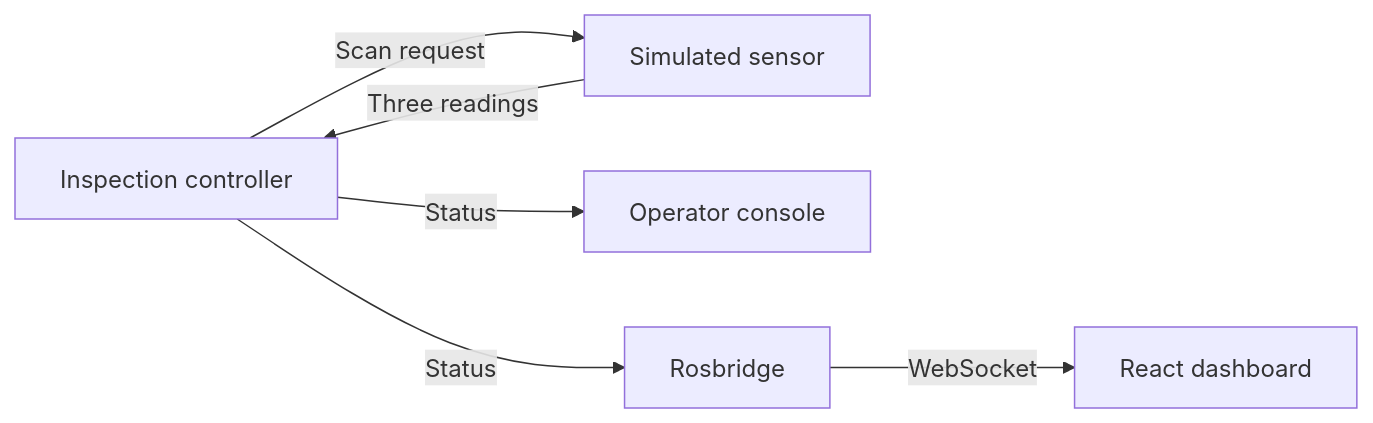
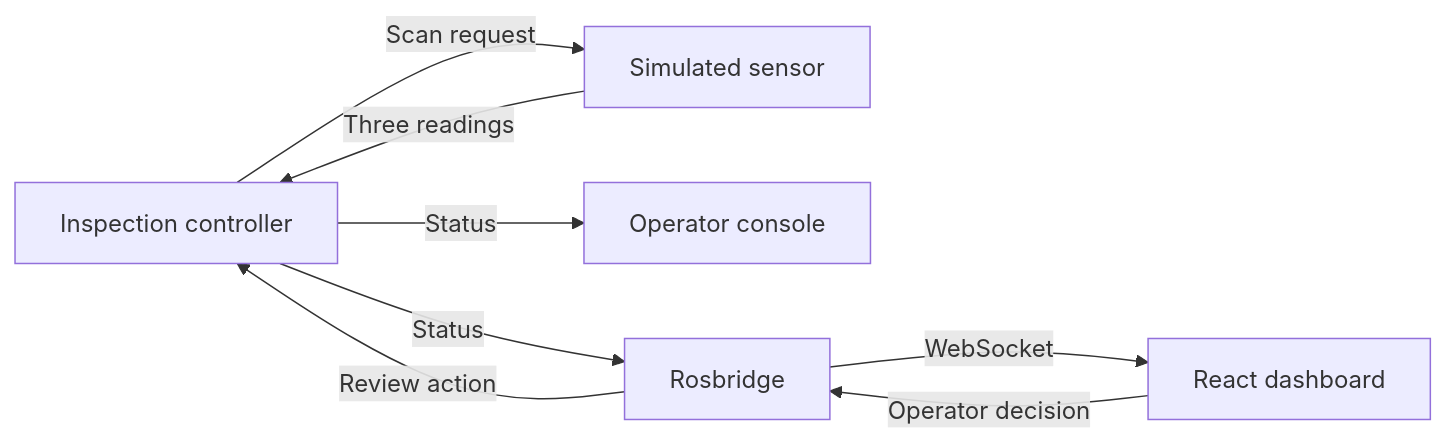
The diagram in README.md (yramtirey/GadgetInspectra), drawn with Mermaid before and after one commit. The commit also changed other lines of this file and 7 other files, not shown here.

Commit message:
Require operator review before simulated inspection rework

````diff
--- a/README.md
+++ b/README.md
@@ -23,8 +23,10 @@
 ```mermaid
 flowchart LR
     C[Inspection controller] -->|Scan request| S[Simulated sensor]
     S -->|Three readings| C
     C -->|Status| O[Operator console]
     C -->|Status| R[Rosbridge]
     R -->|WebSocket| D[React dashboard]
+    D -->|Operator decision| R
+    R -->|Review action| C
 ```
````
